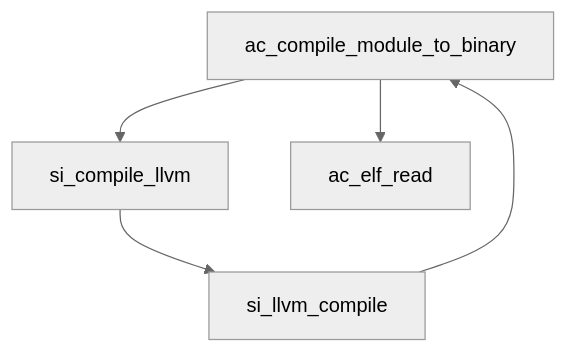
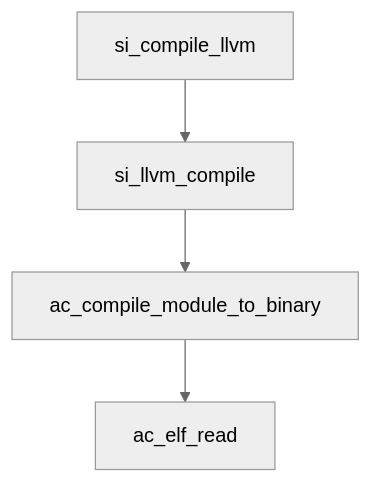
Before and after one commit to ddqwd/mesa3d: the seventh of 7 diagrams in conclude.md, drawn with Mermaid (neutral theme). The commit also changed other lines of this file, not shown here.

````diff
--- a/conclude.md
+++ b/conclude.md
@@ -881,10 +877,10 @@
 ```mermaid
 
 graph TD
-    ac_compile_module_to_binary --> si_compile_llvm
+    si_compile_llvm
     si_compile_llvm --> si_llvm_compile
     si_llvm_compile --> ac_compile_module_to_binary
     ac_compile_module_to_binary --> ac_elf_read
 
 
 ```
````
